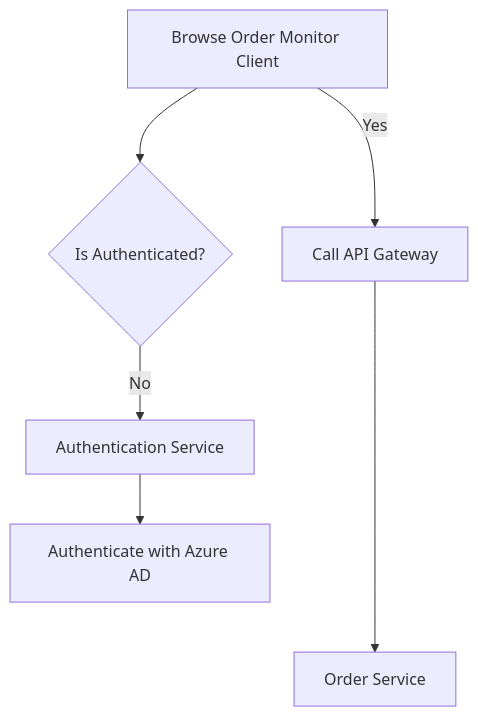
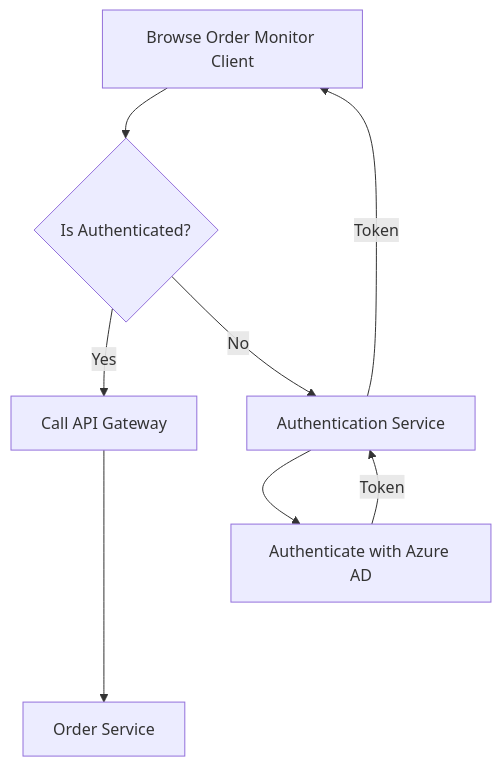
Before and after one commit to thinktecture-labs/cloud-native-sample: the diagram in README.md, drawn with Mermaid.

Commit message:
docs: update diagram

````diff
--- a/README.md
+++ b/README.md
@@ -9,9 +9,11 @@
 ```mermaid
 flowchart TD
 
     A[Browse Order Monitor Client] --> B{Is Authenticated?};
+    B -- Yes --> F[Call API Gateway];
     B -- No --> D[Authentication Service];
     D --> E[Authenticate with Azure AD];
-    A -- Yes --> F[Call API Gateway];
+    E -- Token --> D;
+    D -- Token --> A;
     F ----> G[Order Service]
 ```
````
